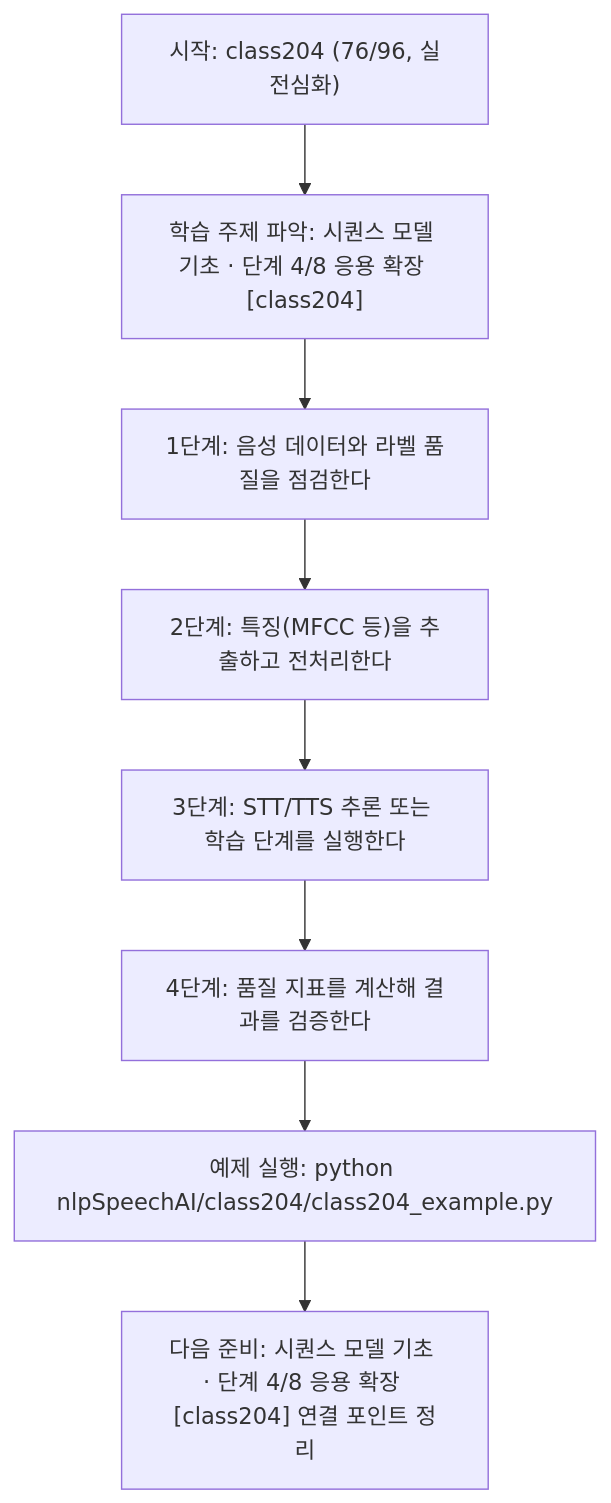
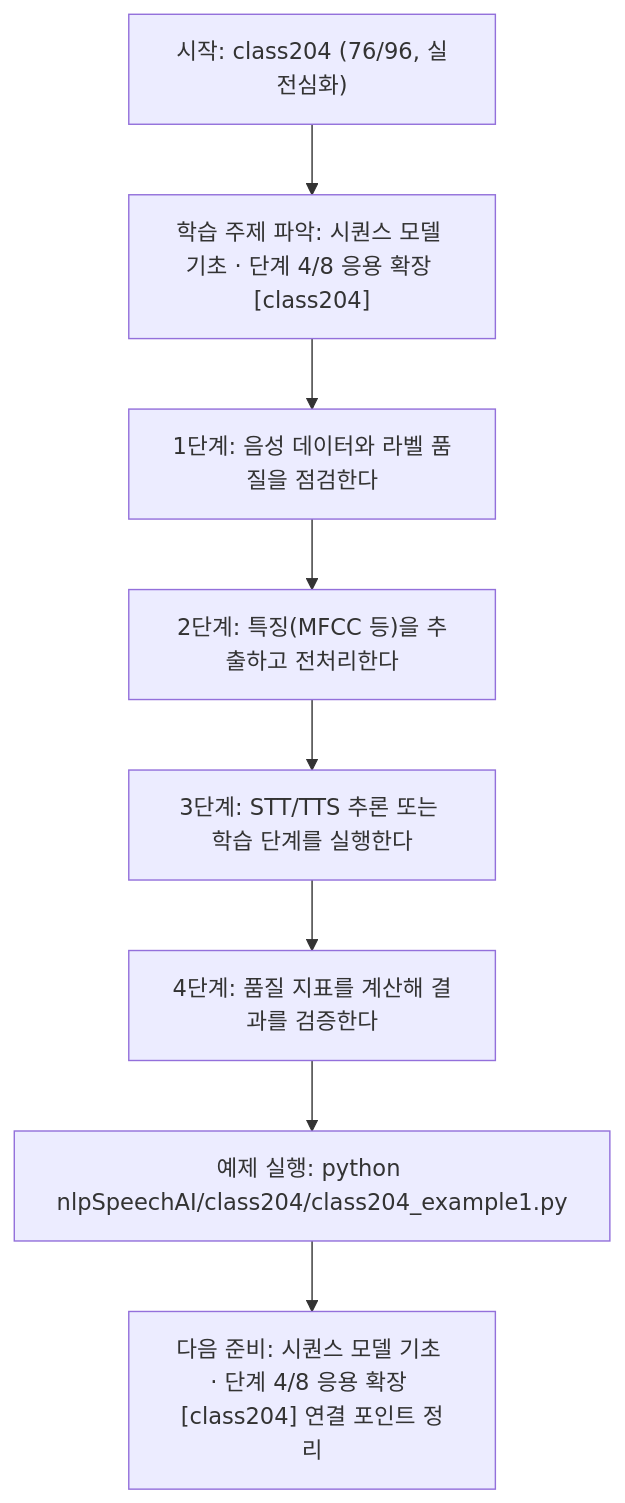
Before and after one commit to edumgt/Python-AI_Agent-Class: the diagram in nlpSpeechAI/class204/class204.md, drawn with Mermaid. The commit also changed other lines of this file and 2959 other files, not shown here.

````diff
--- a/nlpSpeechAI/class204/class204.md
+++ b/nlpSpeechAI/class204/class204.md
@@ -114,18 +114,18 @@
 ```mermaid
 flowchart TD
 N1["시작: class204 (76/96, 실전심화)"]
 N2["학습 주제 파악: 시퀀스 모델 기초 · 단계 4/8 응용 확장 [class204]"]
 N3["1단계: 음성 데이터와 라벨 품질을 점검한다"]
 N4["2단계: 특징(MFCC 등)을 추출하고 전처리한다"]
 N5["3단계: STT/TTS 추론 또는 학습 단계를 실행한다"]
 N6["4단계: 품질 지표를 계산해 결과를 검증한다"]
-N7["예제 실행: python nlpSpeechAI/class204/class204_example.py"]
+N7["예제 실행: python nlpSpeechAI/class204/class204_example1.py"]
 N8["다음 준비: 시퀀스 모델 기초 · 단계 4/8 응용 확장 [class204] 연결 포인트 정리"]
 N1 --> N2
 N2 --> N3
 N3 --> N4
 N4 --> N5
 N5 --> N6
 N6 --> N7
 N7 --> N8
 ```
````
